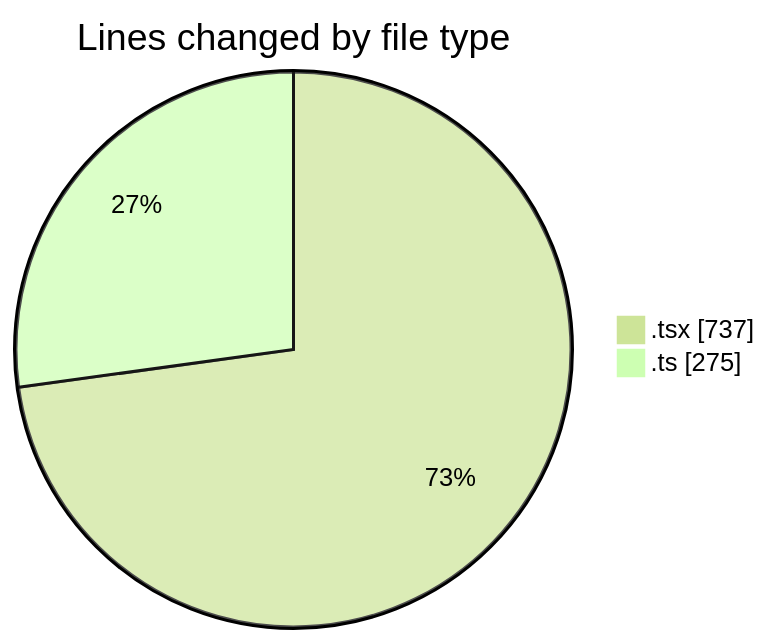
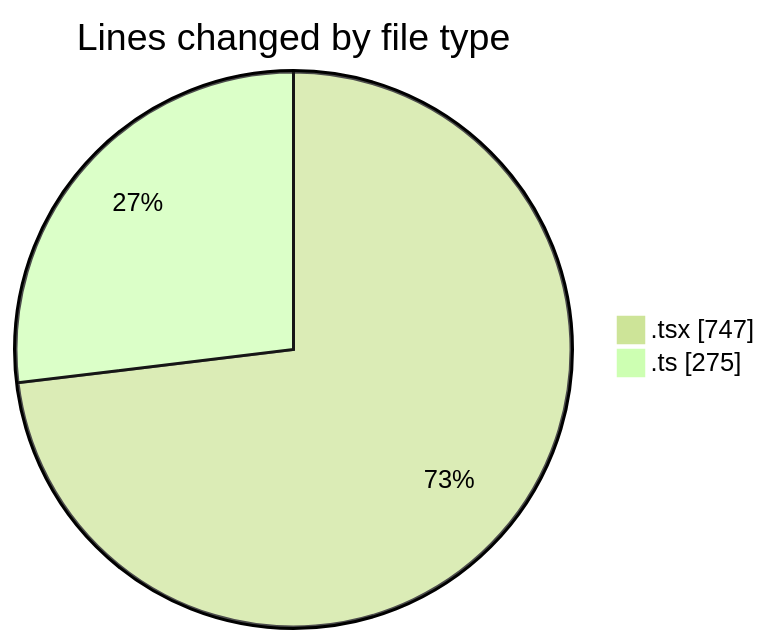
The first of 2 diagrams in 2025-05-20/mbc-web/README.md (robertbonfada/code-tracking), drawn with Mermaid (forest theme) before and after one commit. The commit also changed other lines of this file and 1 other file, not shown here.

````diff
--- a/2025-05-20/mbc-web/README.md
+++ b/2025-05-20/mbc-web/README.md
@@ -24,6 +24,6 @@
 ```mermaid
 pie showData
 title Lines changed by file type
-".tsx" : 737
+".tsx" : 747
 ".ts" : 275
 ```
````
